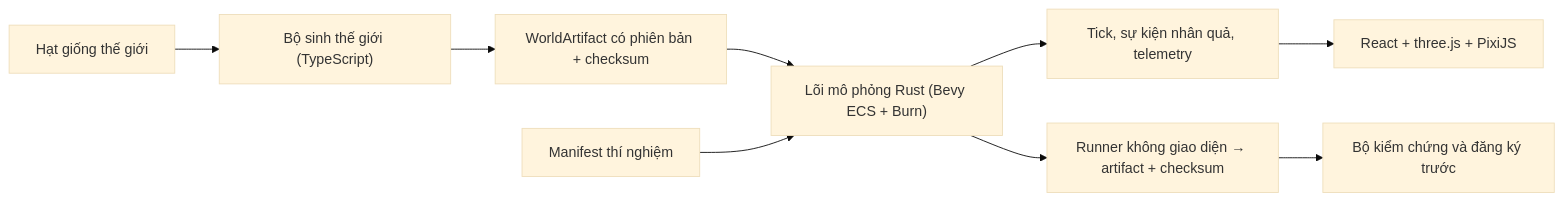
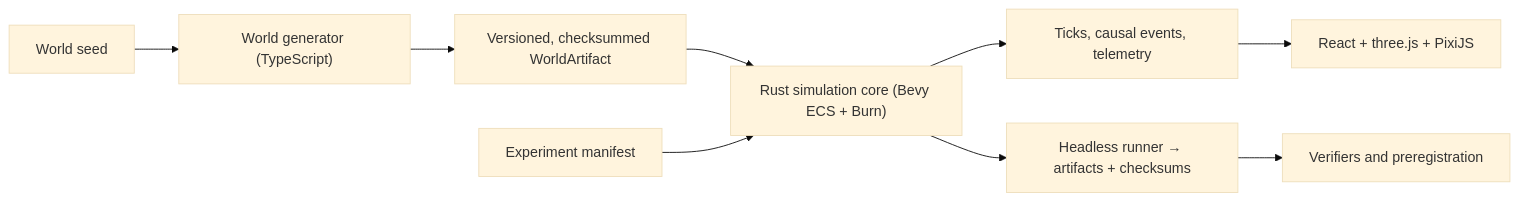
One commit to DuongNAD/Anima-Engine changed the diagram in README.md. Above: the diagram before and after it, drawn with Mermaid (base theme). The commit also changed other lines of this file and 3 other files, not shown here.

````diff
--- a/README.md
+++ b/README.md
@@ -124,11 +126,11 @@
 ```mermaid
 flowchart LR
-    S["Hạt giống thế giới"] --> W["Bộ sinh thế giới (TypeScript)"]
-    W --> A["WorldArtifact có phiên bản + checksum"]
-    A --> R["Lõi mô phỏng Rust (Bevy ECS + Burn)"]
-    M["Manifest thí nghiệm"] --> R
-    R --> T["Tick, sự kiện nhân quả, telemetry"]
+    S["World seed"] --> W["World generator (TypeScript)"]
+    W --> A["Versioned, checksummed WorldArtifact"]
+    A --> R["Rust simulation core (Bevy ECS + Burn)"]
+    M["Experiment manifest"] --> R
+    R --> T["Ticks, causal events, telemetry"]
     T --> U["React + three.js + PixiJS"]
-    R --> X["Runner không giao diện → artifact + checksum"]
-    X --> V["Bộ kiểm chứng và đăng ký trước"]
+    R --> X["Headless runner → artifacts + checksums"]
+    X --> V["Verifiers and preregistration"]
 ```
````
